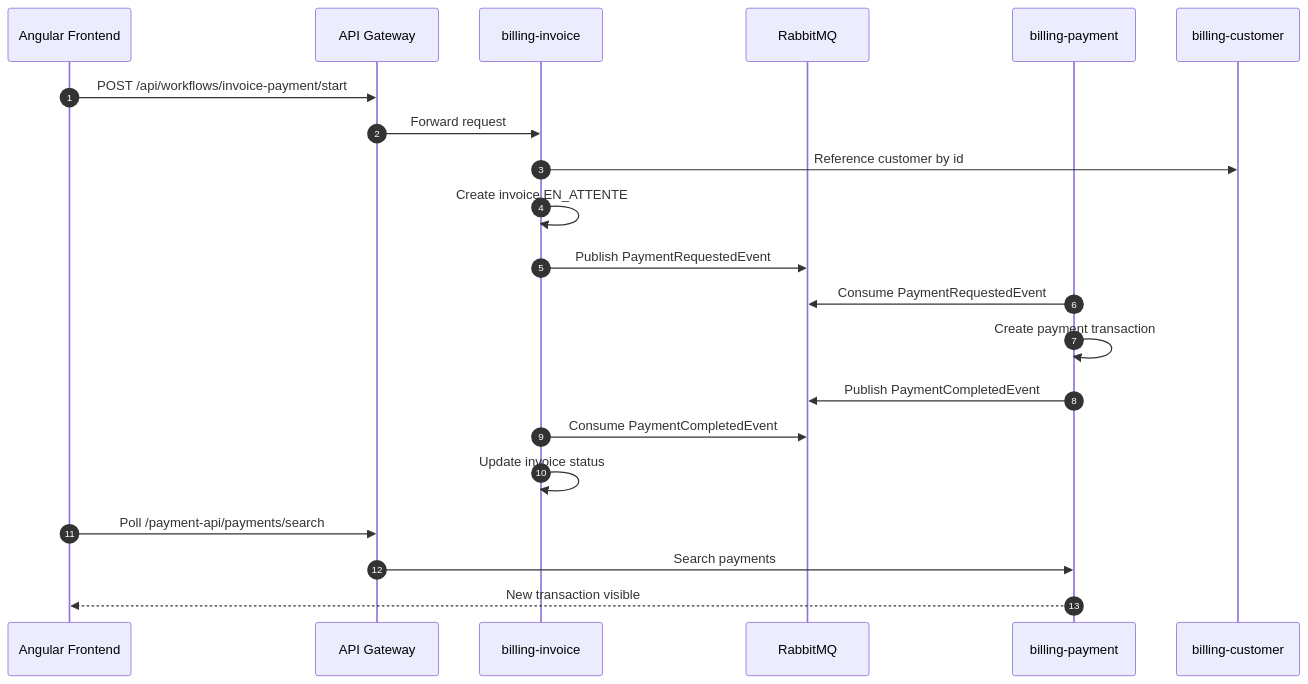
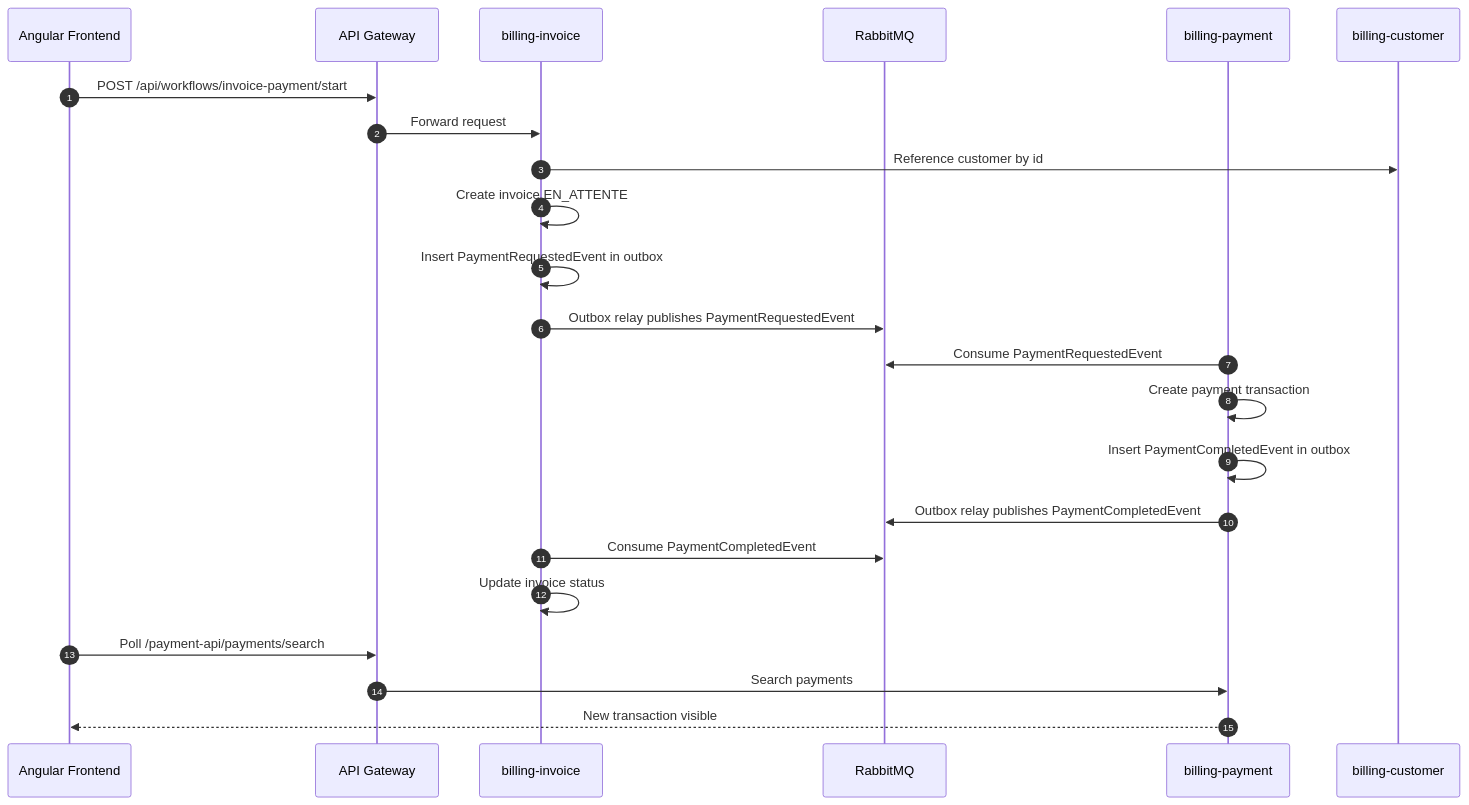
Before and after one commit to Noris69/billing_app_rabbitmq_camunda_SpringBoot_Angular: the diagram in README.md, drawn with Mermaid. The commit also changed other lines of this file and 33 other files, not shown here.

````diff
--- a/README.md
+++ b/README.md
@@ -423,24 +487,26 @@
 ```mermaid
 sequenceDiagram
     autonumber
     participant Front as Angular Frontend
     participant Gateway as API Gateway
     participant Invoice as billing-invoice
     participant Rabbit as RabbitMQ
     participant Payment as billing-payment
     participant Customer as billing-customer
 
     Front->>Gateway: POST /api/workflows/invoice-payment/start
     Gateway->>Invoice: Forward request
     Invoice->>Customer: Reference customer by id
     Invoice->>Invoice: Create invoice EN_ATTENTE
-    Invoice->>Rabbit: Publish PaymentRequestedEvent
+    Invoice->>Invoice: Insert PaymentRequestedEvent in outbox
+    Invoice->>Rabbit: Outbox relay publishes PaymentRequestedEvent
     Payment->>Rabbit: Consume PaymentRequestedEvent
     Payment->>Payment: Create payment transaction
-    Payment->>Rabbit: Publish PaymentCompletedEvent
+    Payment->>Payment: Insert PaymentCompletedEvent in outbox
+    Payment->>Rabbit: Outbox relay publishes PaymentCompletedEvent
     Invoice->>Rabbit: Consume PaymentCompletedEvent
     Invoice->>Invoice: Update invoice status
     Front->>Gateway: Poll /payment-api/payments/search
     Gateway->>Payment: Search payments
     Payment-->>Front: New transaction visible
 ```
````
